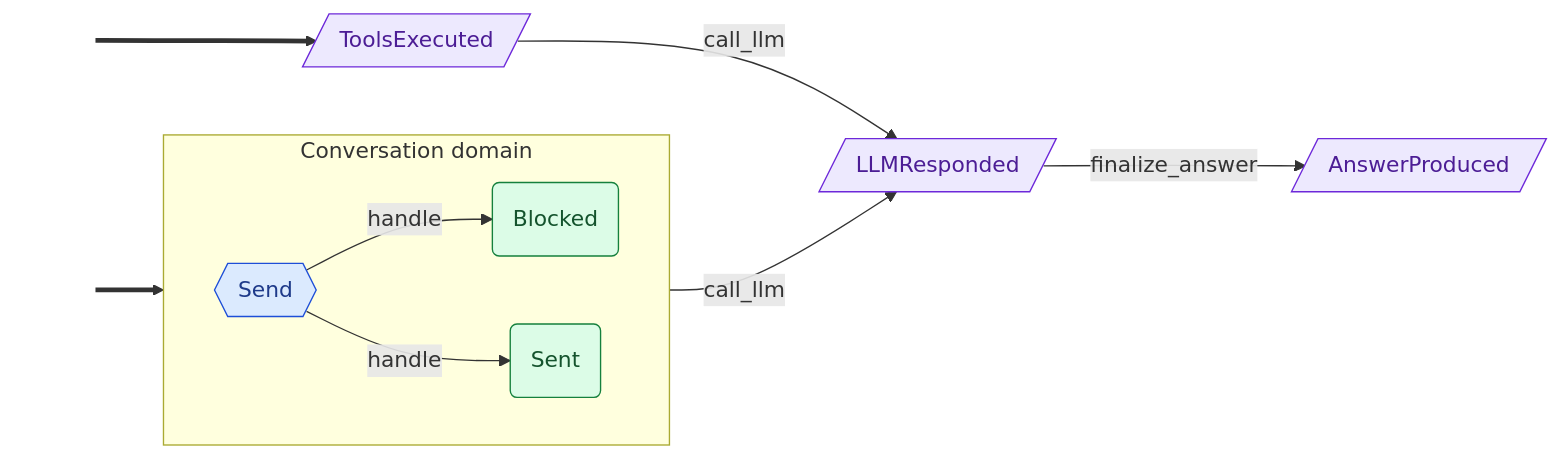
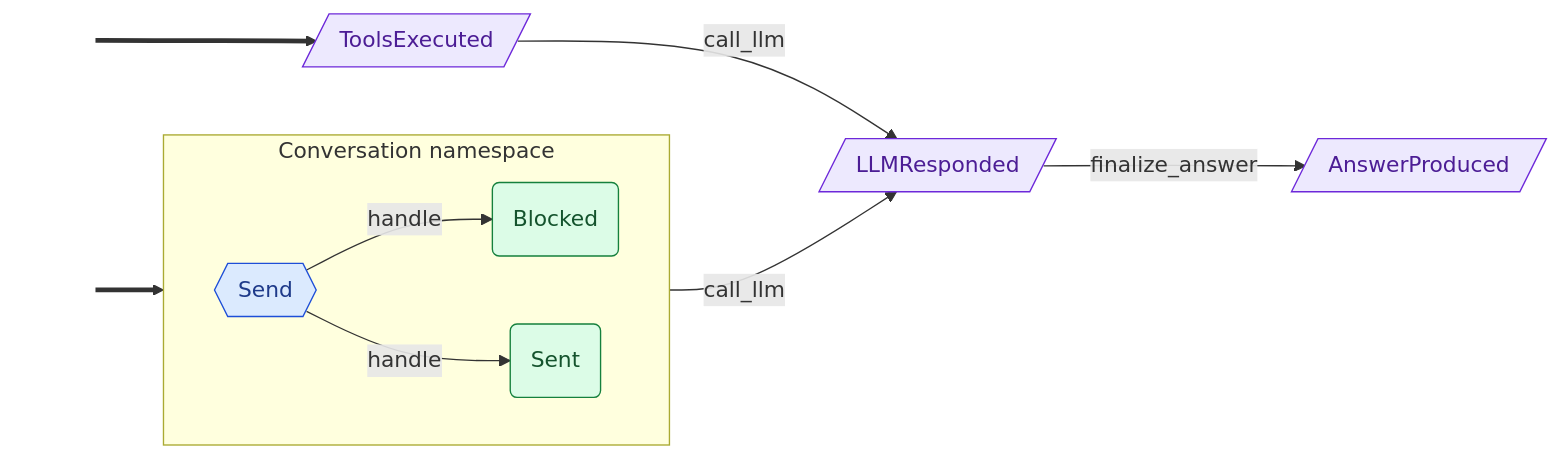
One commit to cadance-io/langgraph-events changed the second of 2 diagrams in examples/conversation.graph.md. Above: the diagram before and after it, drawn with Mermaid. The commit also changed other lines of this file and 44 other files, not shown here.

````diff
--- a/examples/conversation.graph.md
+++ b/examples/conversation.graph.md
@@ -44,27 +44,27 @@
 ```mermaid
 graph LR
     classDef entry fill:none,stroke:none,color:none
     classDef cmd fill:#dbeafe,stroke:#1d4ed8,color:#1e3a8a
     classDef devt fill:#dcfce7,stroke:#15803d,color:#14532d
     classDef intg fill:#ede9fe,stroke:#6d28d9,color:#4c1d95
     classDef syst fill:#fef3c7,stroke:#b45309,color:#78350f
     classDef halt fill:#fef3c7,stroke:#b45309,color:#78350f,stroke-width:3px,stroke-dasharray:4 2
     classDef inv fill:#ffedd5,stroke:#c2410c,color:#7c2d12
-    subgraph Conversation["Conversation domain"]
+    subgraph Conversation["Conversation namespace"]
         direction LR
         Blocked(Blocked):::devt
         Send{{Send}}:::cmd
         Sent(Sent):::devt
     end
     AnswerProduced[/AnswerProduced/]:::intg
     LLMResponded[/LLMResponded/]:::intg
     ToolsExecuted[/ToolsExecuted/]:::intg
     _e0_[ ]:::entry ==> Send
     _e1_[ ]:::entry ==> ToolsExecuted
     Send -->|handle| Sent
     Send -->|handle| Blocked
     Sent -->|call_llm| LLMResponded
     ToolsExecuted -->|call_llm| LLMResponded
     LLMResponded -->|finalize_answer| AnswerProduced
 %% Side-effect handlers: audit_trail (Auditable)
 ```
````
